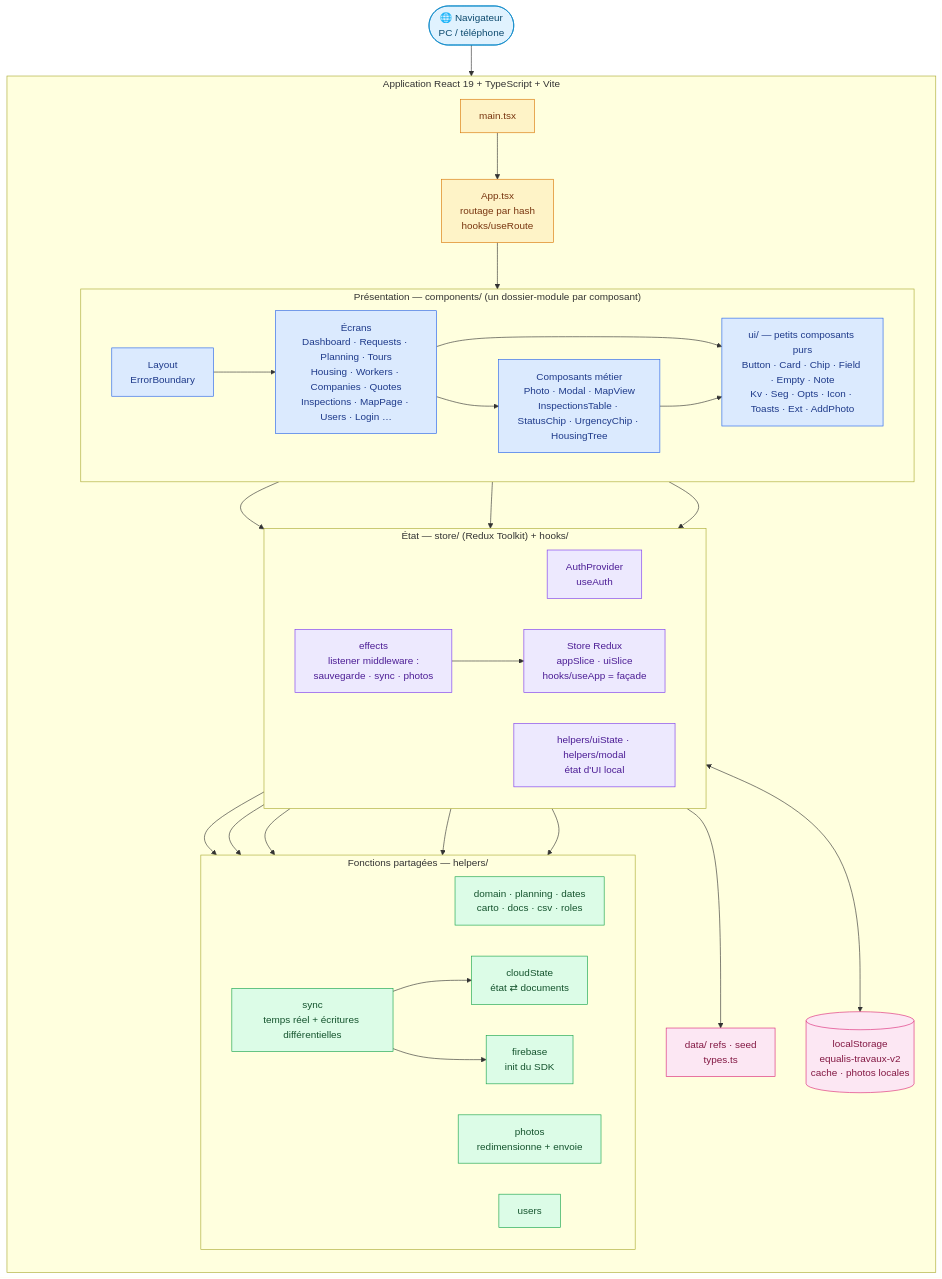
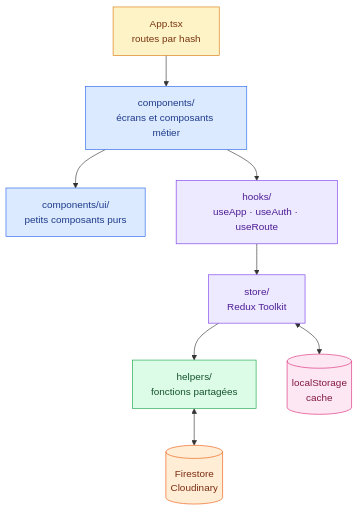
The first of 2 diagrams in README.md (Mogot77/Application_Gestion_Travaux), drawn with Mermaid before and after one commit. The commit also changed other lines of this file, not shown here.

Commit message:
feat: add IGN cadastre overlay to maps and simplify README diagrams

````diff
--- a/README.md
+++ b/README.md
@@ -28,64 +28,26 @@
 ```mermaid
 flowchart TB
-    Browser(["🌐 Navigateur<br/>PC / téléphone"]):::ext
+    App["App.tsx<br/>routes par hash"]:::entry
+    Screens["components/<br/>écrans et composants métier"]:::ui
+    UI["components/ui/<br/>petits composants purs"]:::ui
+    Hooks["hooks/<br/>useApp · useAuth · useRoute"]:::state
+    Store["store/<br/>Redux Toolkit"]:::state
+    Helpers["helpers/<br/>fonctions partagées"]:::logic
+    LS[("localStorage<br/>cache")]:::data
+    Remote[("Firestore<br/>Cloudinary")]:::ext
 
-    subgraph Front["Application React 19 + TypeScript + Vite"]
-        direction TB
-        Main["main.tsx"]:::entry
-        Router["App.tsx<br/>routage par hash<br/>hooks/useRoute"]:::entry
+    App --> Screens
+    Screens --> UI
+    Screens --> Hooks
+    Hooks --> Store
+    Store --> Helpers
+    Store <--> LS
+    Helpers <--> Remote
 
-        subgraph UI["Présentation — components/ (un dossier-module par composant)"]
-            direction LR
-            Layout["Layout<br/>ErrorBoundary"]:::ui
-            Pages["Écrans<br/>Dashboard · Requests · Planning · Tours<br/>Housing · Workers · Companies · Quotes<br/>Inspections · MapPage · Users · Login …"]:::ui
-            Feat["Composants métier<br/>Photo · Modal · MapView<br/>InspectionsTable · StatusChip · UrgencyChip · HousingTree"]:::ui
-            Prims["ui/ — petits composants purs<br/>Button · Card · Chip · Field · Empty · Note<br/>Kv · Seg · Opts · Icon · Toasts · Ext · AddPhoto"]:::ui
-        end
-
-        subgraph Store["État — store/ (Redux Toolkit) + hooks/"]
-            direction LR
-            AuthP["AuthProvider<br/>useAuth"]:::state
-            RTK["Store Redux<br/>appSlice · uiSlice<br/>hooks/useApp = façade"]:::state
-            Eff["effects<br/>listener middleware :<br/>sauvegarde · sync · photos"]:::state
-            UIs["helpers/uiState · helpers/modal<br/>état d'UI local"]:::state
-        end
-
-        subgraph Lib["Fonctions partagées — helpers/"]
-            direction LR
-            Dom["domain · planning · dates<br/>carto · docs · csv · roles"]:::logic
-            Ph["photos<br/>redimensionne + envoie"]:::logic
-            Cs["cloudState<br/>état ⇄ documents"]:::logic
-            Sy["sync<br/>temps réel + écritures différentielles"]:::logic
-            Us["users"]:::logic
-            Fbl["firebase<br/>init du SDK"]:::logic
-        end
-
-        Data["data/ refs · seed<br/>types.ts"]:::data
-        LS[("localStorage<br/>equalis-travaux-v2<br/>cache · photos locales")]:::data
-    end
-
-    Browser --> Main --> Router --> Layout --> Pages
-    Pages --> Feat
-    Pages --> Prims
-    Feat --> Prims
-    Pages --> AuthP
-    Pages --> RTK
-    Pages --> UIs
-    RTK --> Dom
-    RTK --> Data
-    Eff --> RTK
-    Eff --> Sy
-    Eff --> Ph
-    Eff <--> LS
-    AuthP --> Us
-    AuthP --> Fbl
-    Sy --> Cs
-    Sy --> Fbl
-
-    classDef ext fill:#e0f2fe,stroke:#0284c7,color:#0c4a6e
     classDef entry fill:#fef3c7,stroke:#d97706,color:#78350f
     classDef ui fill:#dbeafe,stroke:#2563eb,color:#1e3a8a
     classDef state fill:#ede9fe,stroke:#7c3aed,color:#4c1d95
     classDef logic fill:#dcfce7,stroke:#16a34a,color:#14532d
     classDef data fill:#fce7f3,stroke:#db2777,color:#831843
+    classDef ext fill:#ffedd5,stroke:#ea580c,color:#7c2d12
 ```
````
